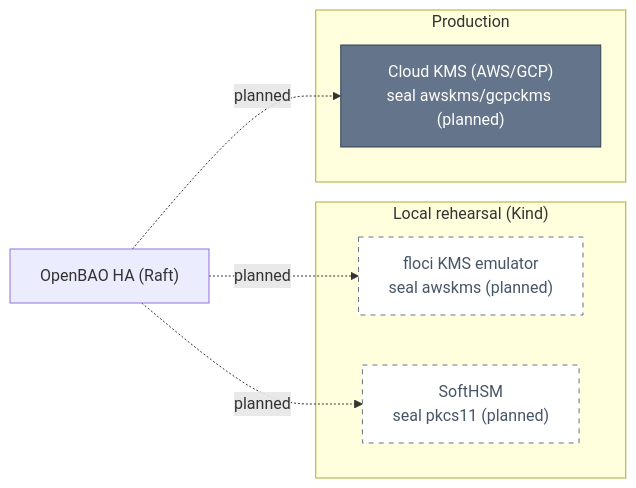
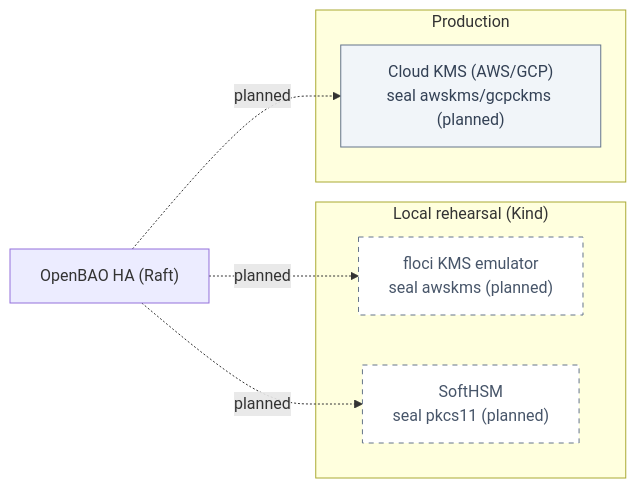
The second of 2 diagrams in docs/proposals/rfc/RFC-0008/research.md (duynhlab/homelab), drawn with Mermaid before and after one commit. The commit also changed other lines of this file and 174 other files, not shown here.

First line of the commit message:
Soft-tint diagram palette, a signal-flow diagram, a Linux-ready Draw.io skill

````diff
--- a/docs/proposals/rfc/RFC-0008/research.md
+++ b/docs/proposals/rfc/RFC-0008/research.md
@@ -230,17 +230,17 @@
 ```mermaid
 flowchart LR
     BAO["OpenBAO HA (Raft)"]
     subgraph local["Local rehearsal (Kind)"]
         FLOCI["floci KMS emulator<br/>seal awskms (planned)"]
         HSM["SoftHSM<br/>seal pkcs11 (planned)"]
     end
     subgraph prod["Production"]
         KMS["Cloud KMS (AWS/GCP)<br/>seal awskms/gcpckms (planned)"]
     end
     BAO -.->|"planned"| FLOCI
     BAO -.->|"planned"| HSM
     BAO -.->|"planned"| KMS
-    classDef external fill:#64748b,color:#fff,stroke:#334155;
+    classDef external fill:#f1f5f9,color:#334155,stroke:#64748b;
     classDef planned fill:#fff,color:#475569,stroke:#64748b,stroke-dasharray:5 5;
     class KMS external; class FLOCI,HSM planned;
 ```
````
